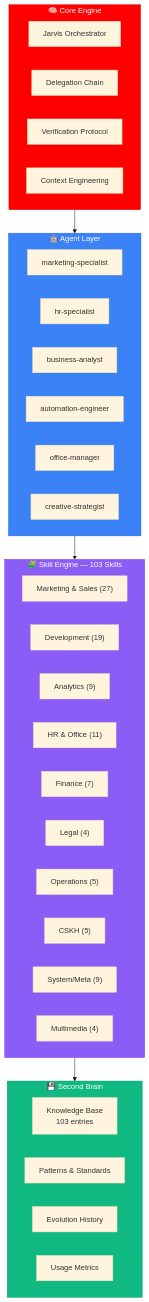
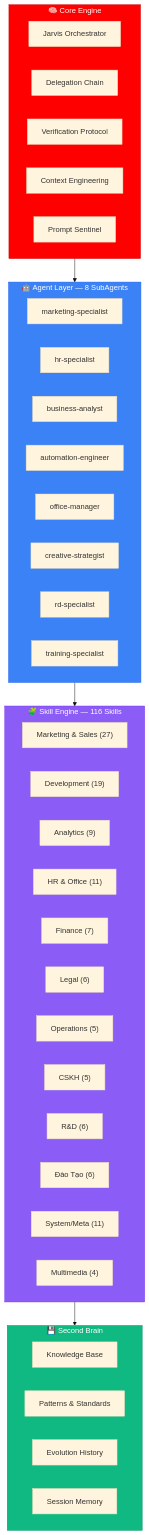
Before and after one commit to xaotiensinh-abm/abm-workforce: the second of 5 diagrams in README.md, drawn with Mermaid (base theme). The commit also changed other lines of this file and 36 other files, not shown here.

Commit message:
feat: v3.5 — README viết lại + 13 skills mới (R&D 6, Đào Tạo 6, prompt-sentinel) + 3 workflows + 2 SubAgents + dashboard auto-sync | 116 skills, 18 workflows, 11 phòng ban

````diff
--- a/README.md
+++ b/README.md
@@ -80,47 +86,52 @@
 ```mermaid
 graph TB
     subgraph CORE["🧠 Core Engine"]
         J["Jarvis Orchestrator"]
         DC["Delegation Chain"]
         VBC["Verification Protocol"]
         CE["Context Engineering"]
+        PS["Prompt Sentinel"]
     end
 
-    subgraph AGENTS["🤖 Agent Layer"]
+    subgraph AGENTS["🤖 Agent Layer — 8 SubAgents"]
         SA1["marketing-specialist"]
         SA2["hr-specialist"]
         SA3["business-analyst"]
         SA4["automation-engineer"]
         SA5["office-manager"]
         SA6["creative-strategist"]
+        SA7["rd-specialist"]
+        SA8["training-specialist"]
     end
 
-    subgraph SKILLS["🧩 Skill Engine — 103 Skills"]
+    subgraph SKILLS["🧩 Skill Engine — 116 Skills"]
         S1["Marketing & Sales (27)"]
         S2["Development (19)"]
         S3["Analytics (9)"]
         S4["HR & Office (11)"]
         S5["Finance (7)"]
-        S6["Legal (4)"]
+        S6["Legal (6)"]
         S7["Operations (5)"]
         S8["CSKH (5)"]
-        S9["System/Meta (9)"]
-        S10["Multimedia (4)"]
+        S9["R&D (6)"]
+        S10["Đào Tạo (6)"]
+        S11["System/Meta (11)"]
+        S12["Multimedia (4)"]
     end
 
     subgraph MEMORY["💾 Second Brain"]
-        M1["Knowledge Base<br/>103 entries"]
+        M1["Knowledge Base"]
         M2["Patterns & Standards"]
         M3["Evolution History"]
-        M4["Usage Metrics"]
+        M4["Session Memory"]
     end
 
     CORE --> AGENTS
     AGENTS --> SKILLS
     SKILLS --> MEMORY
 
     style CORE fill:#FF0000,stroke:#cc0000,color:#fff
     style AGENTS fill:#3b82f6,stroke:#2563eb,color:#fff
     style SKILLS fill:#8b5cf6,stroke:#7c3aed,color:#fff
     style MEMORY fill:#10b981,stroke:#059669,color:#fff
 ```
````
